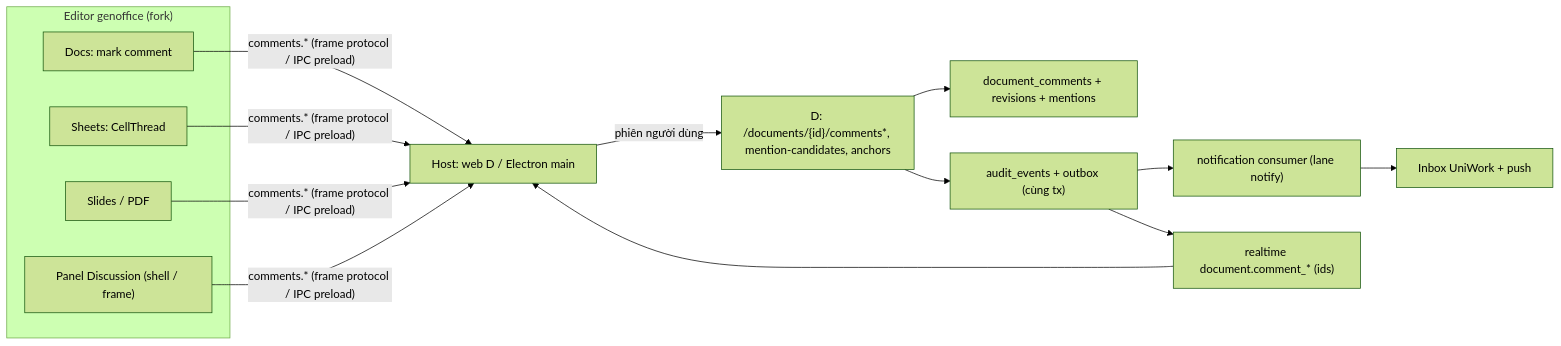
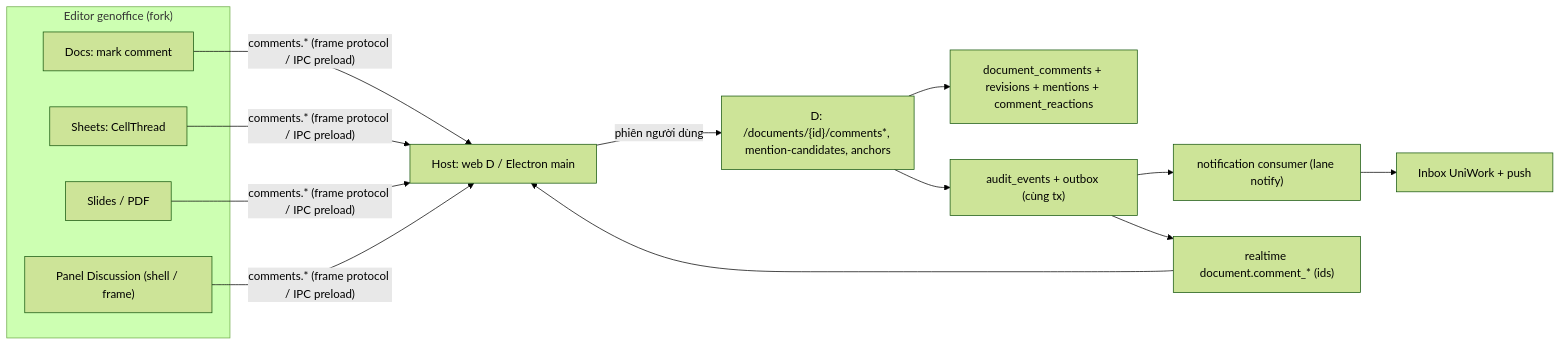
Before and after one commit to UNIAI-TEAM/uniwork: the diagram in docs/superpowers/specs/2026-10-13-office-g8-collab-addendum.md, drawn with Mermaid (forest theme). The commit also changed other lines of this file and 4 other files, not shown here.

````diff
--- a/docs/superpowers/specs/2026-10-13-office-g8-collab-addendum.md
+++ b/docs/superpowers/specs/2026-10-13-office-g8-collab-addendum.md
@@ -34,15 +42,15 @@
 ```mermaid
 flowchart LR
   subgraph Editors["Editor genoffice (fork)"]
     D["Docs: mark comment"]
     X["Sheets: CellThread"]
     P["Slides / PDF"]
     S["Panel Discussion (shell / frame)"]
   end
   D & X & P & S -->|"comments.* (frame protocol / IPC preload)"| H["Host: web D / Electron main"]
   H -->|"phiên người dùng"| API["D: /documents/{id}/comments*, mention-candidates, anchors"]
-  API --> DB["document_comments + revisions + mentions"]
+  API --> DB["document_comments + revisions + mentions + comment_reactions"]
   API --> AU["audit_events + outbox (cùng tx)"]
   AU --> N["notification consumer (lane notify)"] --> IN["Inbox UniWork + push"]
   AU --> RT["realtime document.comment_* (ids)"] --> H
 ```
````
